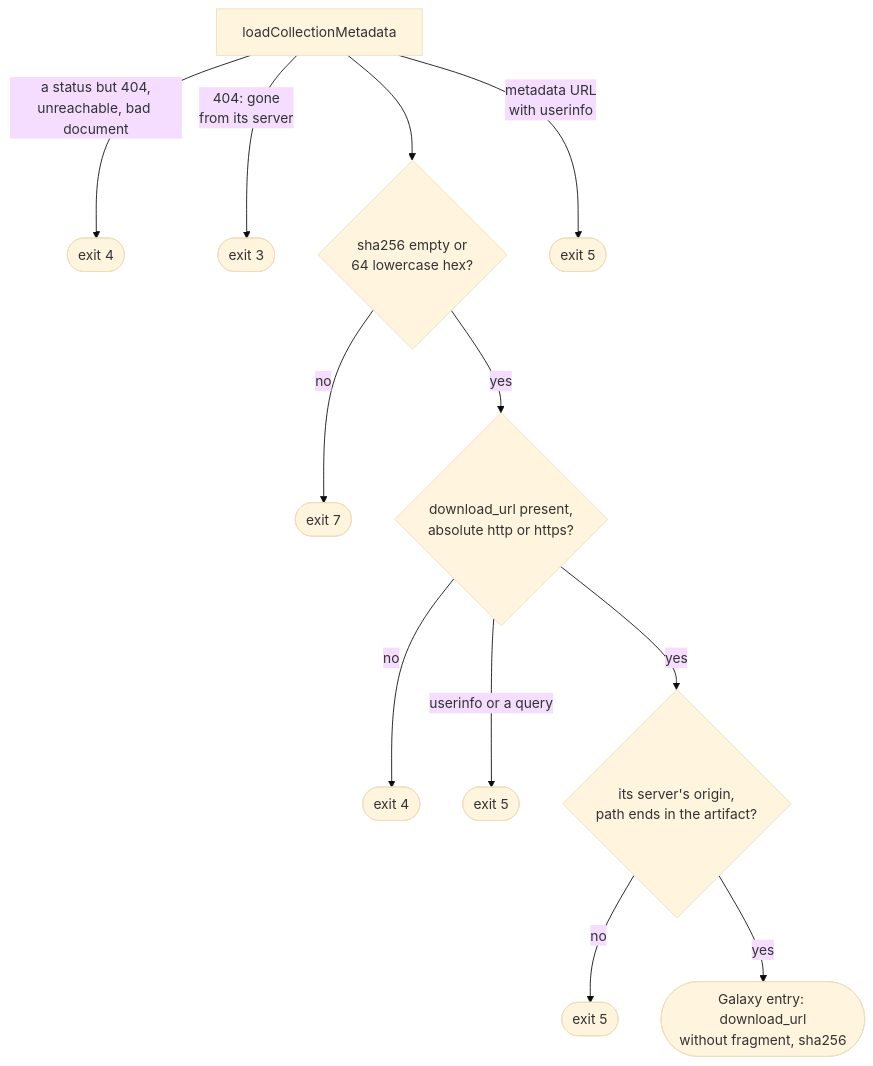
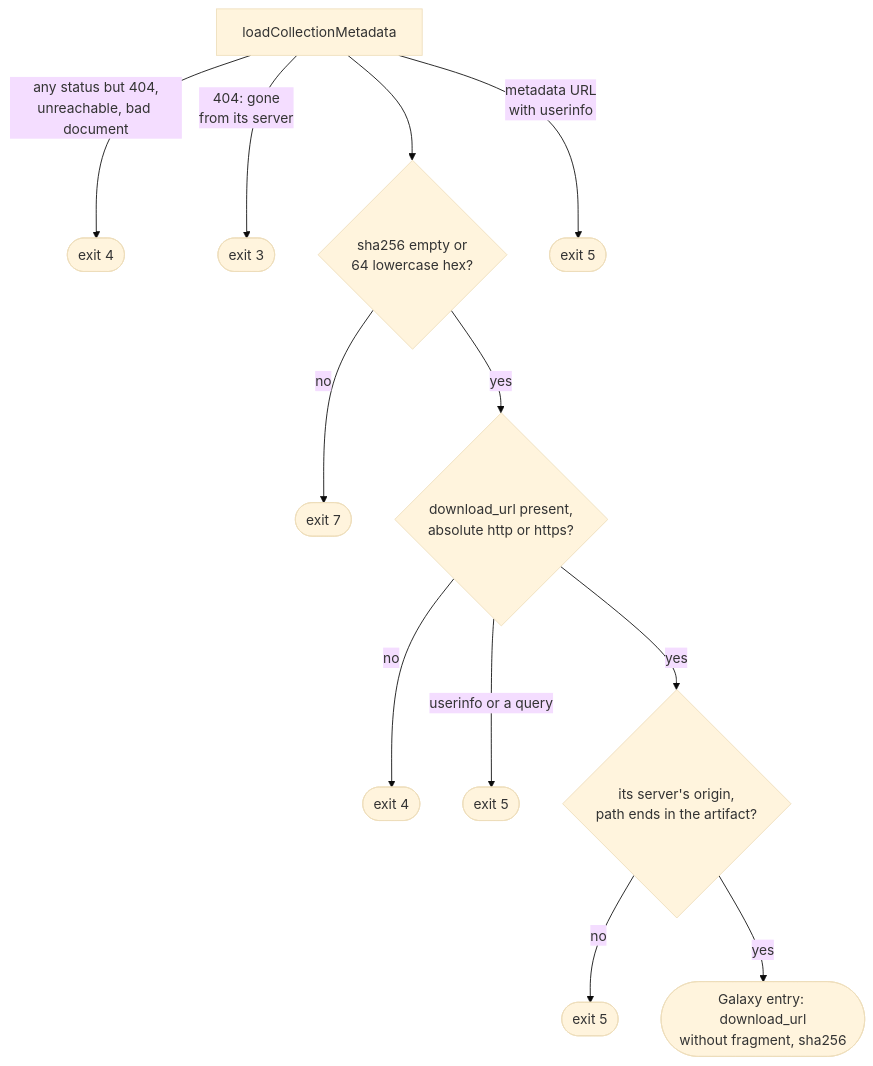
The third of 4 diagrams in docs/internals/flow-lock.md (greeddj/go-galaxy), drawn with Mermaid (base theme) before and after one commit. The commit also changed other lines of this file and 36 other files, not shown here.

````diff
--- a/docs/internals/flow-lock.md
+++ b/docs/internals/flow-lock.md
@@ -54,14 +54,14 @@
 ```mermaid
 flowchart TD
-  B7["loadCollectionMetadata"] -->|"a status but 404,<br/>unreachable, bad document"| X4(["exit 4"])
+  B7["loadCollectionMetadata"] -->|"any status but 404,<br/>unreachable, bad document"| X4(["exit 4"])
   B7 -->|"404: gone<br/>from its server"| X3(["exit 3"])
   B7 --> B8{"sha256 empty or<br/>64 lowercase hex?"}
   B7 -->|"metadata URL<br/>with userinfo"| X5(["exit 5"])
   B8 -->|"no"| X7(["exit 7"])
   B8 -->|"yes"| B9{"download_url present,<br/>absolute http or https?"}
   B9 -->|"no"| X4B(["exit 4"])
   B9 -->|"userinfo or a query"| X5B(["exit 5"])
   B9 -->|"yes"| B10{"its server's origin,<br/>path ends in the artifact?"}
   B10 -->|"no"| X5C(["exit 5"])
   B10 -->|"yes"| B13(["Galaxy entry: download_url<br/>without fragment, sha256"])
 ```
````
